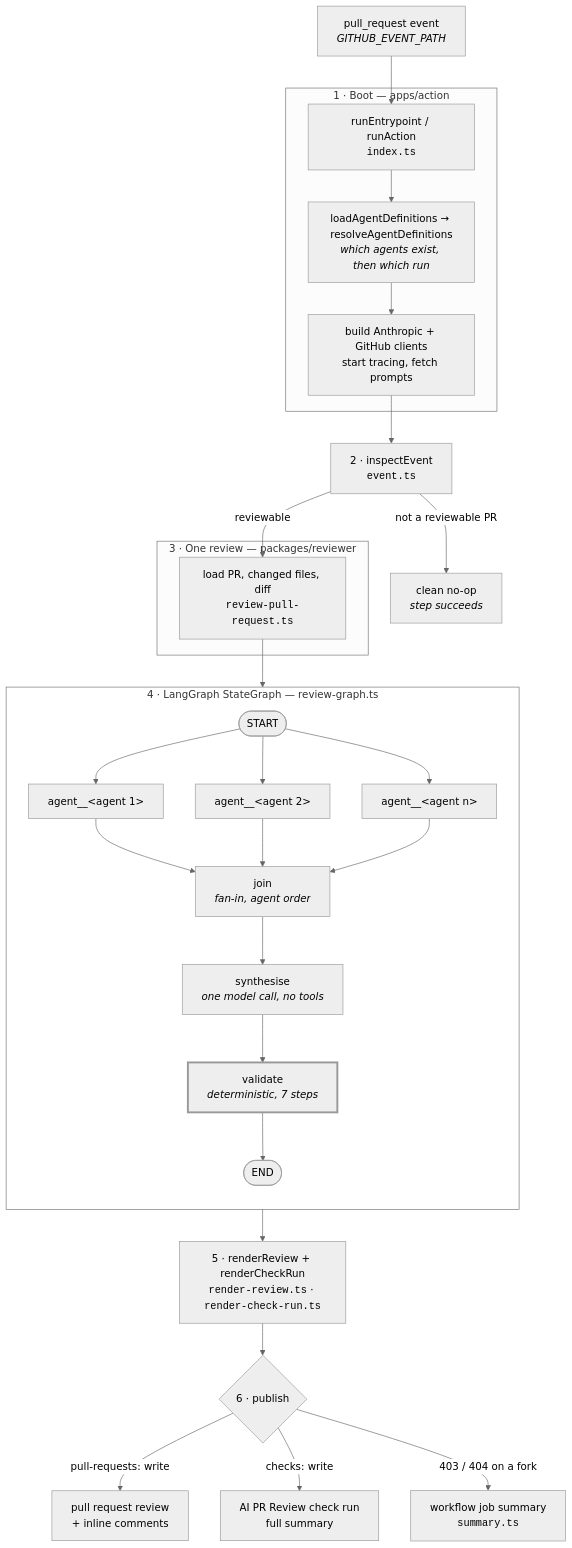
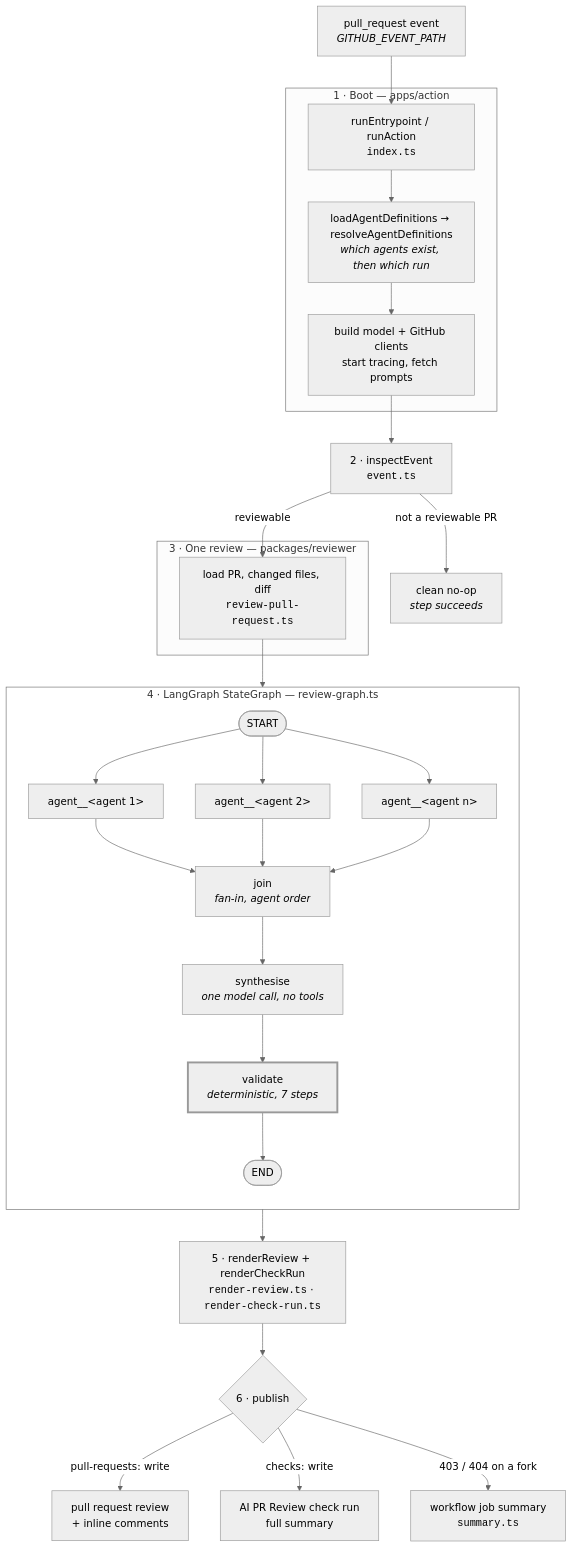
Before and after one commit to sunnyeyles/pr-review-agents: the diagram in docs/agent-flow.md, drawn with Mermaid (neutral theme). The commit also changed other lines of this file and 37 other files, not shown here.

````diff
--- a/docs/agent-flow.md
+++ b/docs/agent-flow.md
@@ -19,43 +19,43 @@
 ```mermaid
 flowchart TD
     EVENT["pull_request event<br/><i>GITHUB_EVENT_PATH</i>"] --> ENTRY
 
     subgraph BOOT["1 · Boot — apps/action"]
         ENTRY["runEntrypoint / runAction<br/><code>index.ts</code>"]
         ENTRY --> AGENT["loadAgentDefinitions → resolveAgentDefinitions<br/><i>which agents exist, then which run</i>"]
-        AGENT --> CLIENTS["build Anthropic + GitHub clients<br/>start tracing, fetch prompts"]
+        AGENT --> CLIENTS["build model + GitHub clients<br/>start tracing, fetch prompts"]
     end
 
     CLIENTS --> INSPECT["2 · inspectEvent<br/><code>event.ts</code>"]
     INSPECT -->|not a reviewable PR| NOOP["clean no-op<br/><i>step succeeds</i>"]
     INSPECT -->|reviewable| LOAD
 
     subgraph REVIEW["3 · One review — packages/reviewer"]
         LOAD["load PR, changed files, diff<br/><code>review-pull-request.ts</code>"]
     end
 
     LOAD --> GRAPH
 
     subgraph GRAPH["4 · LangGraph StateGraph — review-graph.ts"]
         direction TB
         START(["START"])
         START --> A1["agent__&lt;agent 1&gt;"]
         START --> A2["agent__&lt;agent 2&gt;"]
         START --> A3["agent__&lt;agent n&gt;"]
         A1 --> JOIN["join<br/><i>fan-in, agent order</i>"]
         A2 --> JOIN
         A3 --> JOIN
         JOIN --> SYNTH["synthesise<br/><i>one model call, no tools</i>"]
         SYNTH --> VAL["validate<br/><i>deterministic, 7 steps</i>"]
         VAL --> ENDN(["END"])
     end
 
     GRAPH --> RENDER["5 · renderReview + renderCheckRun<br/><code>render-review.ts</code> · <code>render-check-run.ts</code>"]
     RENDER --> PUB{"6 · publish"}
     PUB -->|pull-requests: write| COMMENTS["pull request review<br/>+ inline comments"]
     PUB -->|checks: write| CHECK["AI PR Review check run<br/>full summary"]
     PUB -->|403 / 404 on a fork| SUM["workflow job summary<br/><code>summary.ts</code>"]
 
     style GRAPH fill:transparent
     style VAL stroke-width:3px
 ```
````
